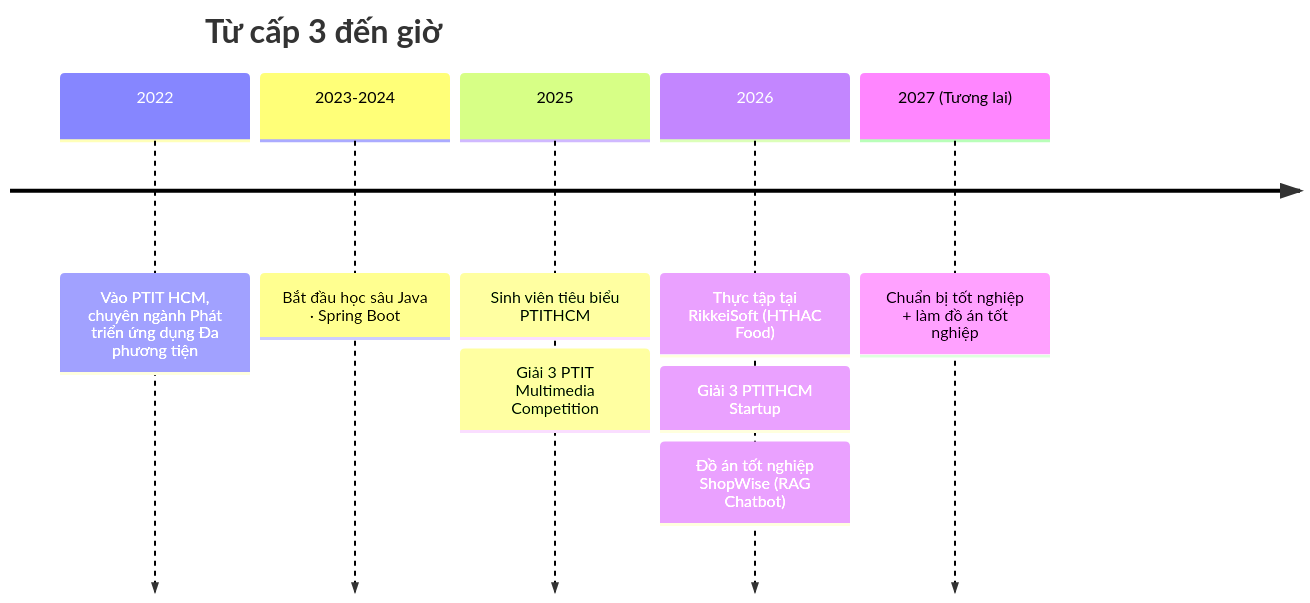
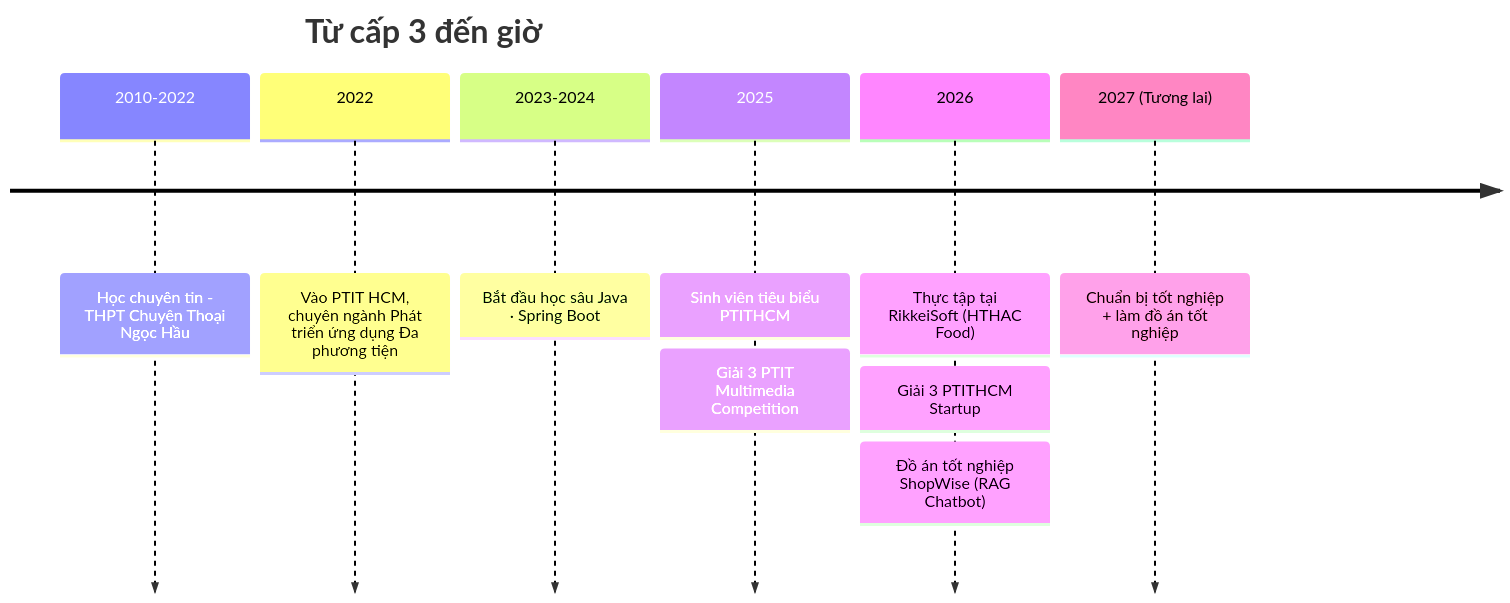
The diagram in README.md (HaiTrieu186/HaiTrieu186), drawn with Mermaid before and after one commit. The commit also changed other lines of this file, not shown here.

````diff
--- a/README.md
+++ b/README.md
@@ -197,12 +197,13 @@
 ```mermaid
 timeline
     title Từ cấp 3 đến giờ
+    2010-2022: Học chuyên tin - THPT Chuyên Thoại Ngọc Hầu
     2022 : Vào PTIT HCM, chuyên ngành Phát triển ứng dụng Đa phương tiện
     2023-2024 : Bắt đầu học sâu Java · Spring Boot
     2025 : Sinh viên tiêu biểu PTITHCM
          : Giải 3 PTIT Multimedia Competition
     2026 : Thực tập tại RikkeiSoft (HTHAC Food)
          : Giải 3 PTITHCM Startup
          : Đồ án tốt nghiệp ShopWise (RAG Chatbot)
     2027 (Tương lai) : Chuẩn bị tốt nghiệp + làm đồ án tốt nghiệp
 ```
````
